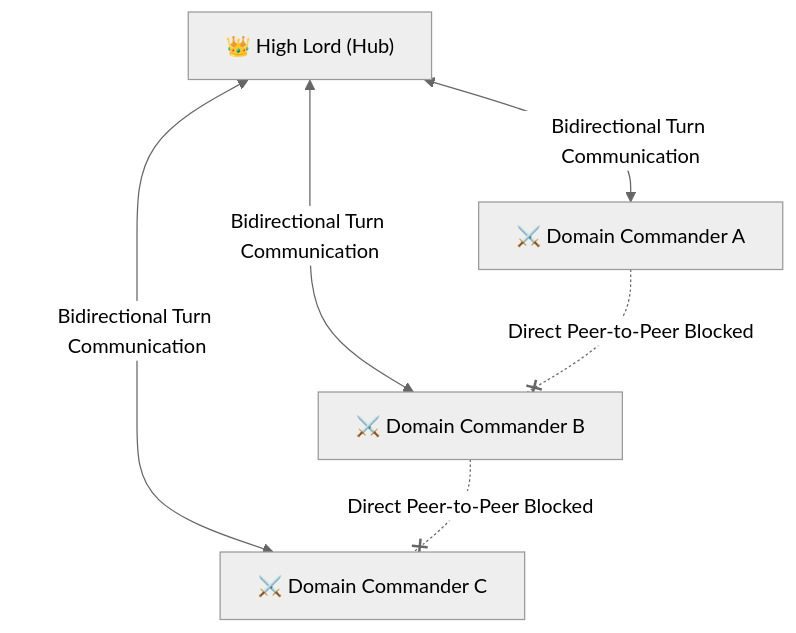
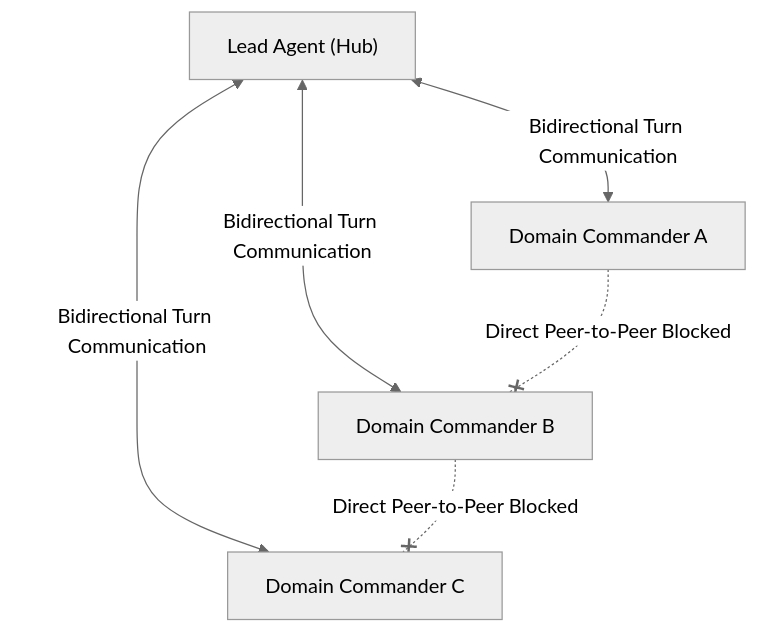
Before and after one commit to Aaradhya-Dev-Tamrakar/brainstorm: the diagram in tools/skills/adaptive-workflow/references/cpm-concurrency-dispatch.md, drawn with Mermaid (neutral theme). The commit also changed other lines of this file and 27 other files, not shown here.

````diff
--- a/tools/skills/adaptive-workflow/references/cpm-concurrency-dispatch.md
+++ b/tools/skills/adaptive-workflow/references/cpm-concurrency-dispatch.md
@@ -82,14 +122,14 @@
 ```mermaid
 flowchart TD
-    Lead["👑 High Lord (Hub)"]
-    CmdrA["⚔️ Domain Commander A"]
-    CmdrB["⚔️ Domain Commander B"]
-    CmdrC["⚔️ Domain Commander C"]
+    Lead["Lead Agent (Hub)"]
+    CmdrA["Domain Commander A"]
+    CmdrB["Domain Commander B"]
+    CmdrC["Domain Commander C"]
     
     Lead <-->|Bidirectional Turn Communication| CmdrA
     Lead <-->|Bidirectional Turn Communication| CmdrB
     Lead <-->|Bidirectional Turn Communication| CmdrC
     
     CmdrA -.-x|Direct Peer-to-Peer Blocked| CmdrB
     CmdrB -.-x|Direct Peer-to-Peer Blocked| CmdrC
 ```
````
